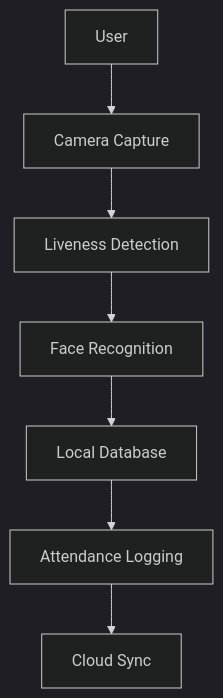
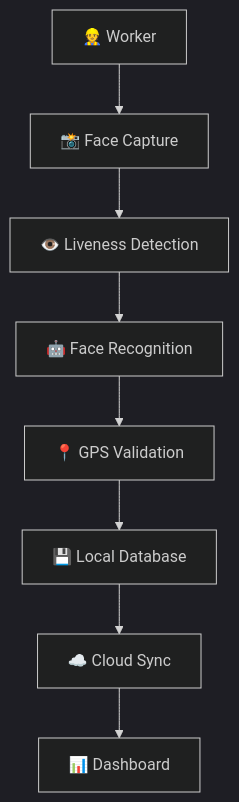
One commit to aishide/Pehechaan-NHAI changed the diagram in README.md. Above: the diagram before and after it, drawn with Mermaid (dark theme). The commit also changed other lines of this file, not shown here.

````diff
--- a/README.md
+++ b/README.md
@@ -103,9 +216,19 @@
 ```mermaid
 flowchart TD
-    A[User] --> B[Camera Capture]
-    B --> C[Liveness Detection]
-    C --> D[Face Recognition]
-    D --> E[Local Database]
-    E --> F[Attendance Logging]
-    F --> G[Cloud Sync]
+
+A[👷 Worker]
+
+A --> B[📸 Face Capture]
+
+B --> C[👁️ Liveness Detection]
+
+C --> D[🤖 Face Recognition]
+
+D --> E[📍 GPS Validation]
+
+E --> F[💾 Local Database]
+
+F --> G[☁️ Cloud Sync]
+
+G --> H[📊 Dashboard]
 ```
````
